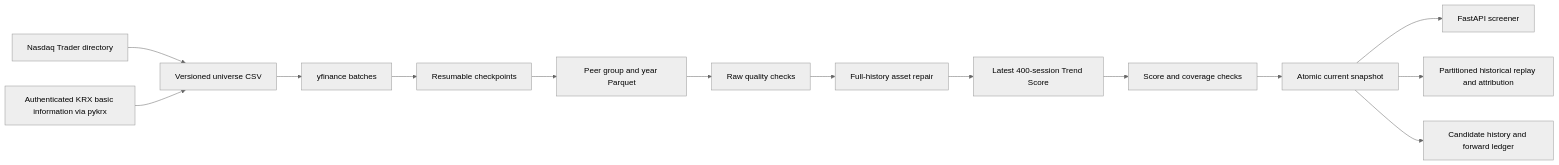
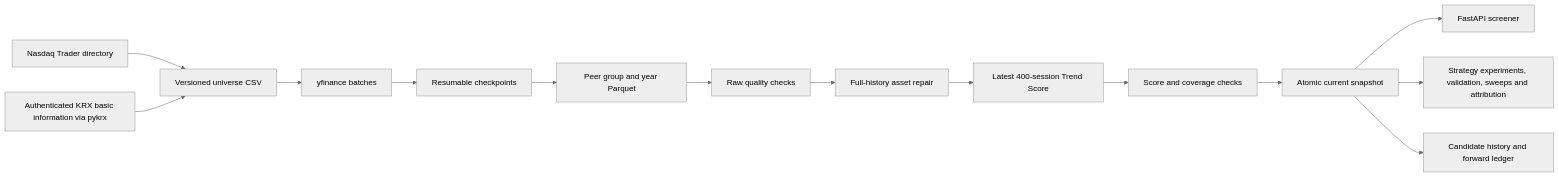
The first of 2 diagrams in docs/architecture.md (qorlgns1/trading), drawn with Mermaid (neutral theme) before and after one commit. The commit also changed other lines of this file and 47 other files, not shown here.

````diff
--- a/docs/architecture.md
+++ b/docs/architecture.md
@@ -16,16 +16,16 @@
 ```mermaid
 flowchart LR
     Nasdaq[Nasdaq Trader directory] --> Universe[Versioned universe CSV]
     KRX[Authenticated KRX basic information via pykrx] --> Universe
     Universe --> Fetch[yfinance batches]
     Fetch --> Checkpoints[Resumable checkpoints]
     Checkpoints --> Bars[Peer group and year Parquet]
     Bars --> RawQuality[Raw quality checks]
     RawQuality --> Repair[Full-history asset repair]
     Repair --> Score[Latest 400-session Trend Score]
     Score --> ScoreQuality[Score and coverage checks]
     ScoreQuality --> Snapshot[Atomic current snapshot]
     Snapshot --> API[FastAPI screener]
-    Snapshot --> Replay[Partitioned historical replay and attribution]
+    Snapshot --> Replay[Strategy experiments, validation, sweeps and attribution]
     Snapshot --> Forward[Candidate history and forward ledger]
 ```
````
